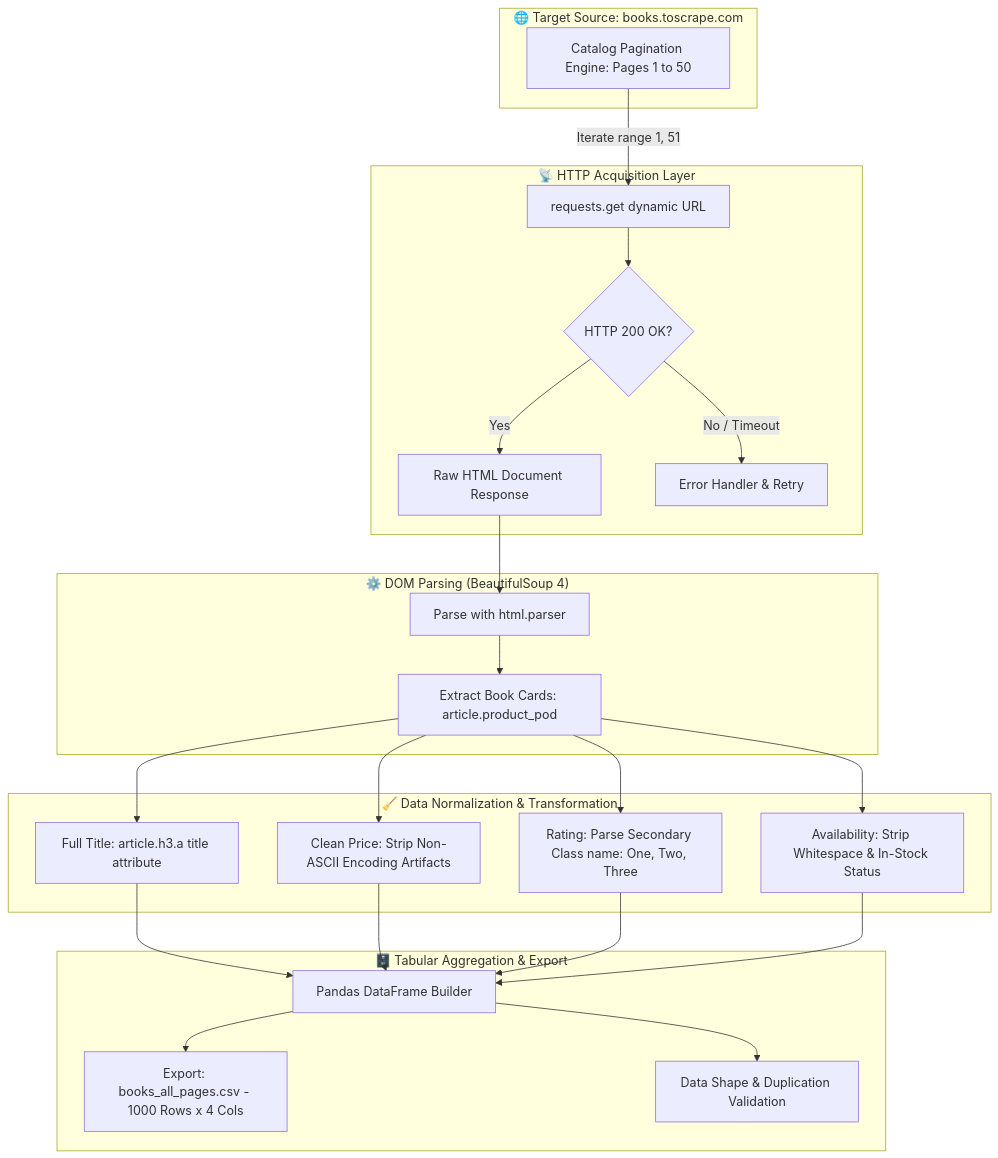
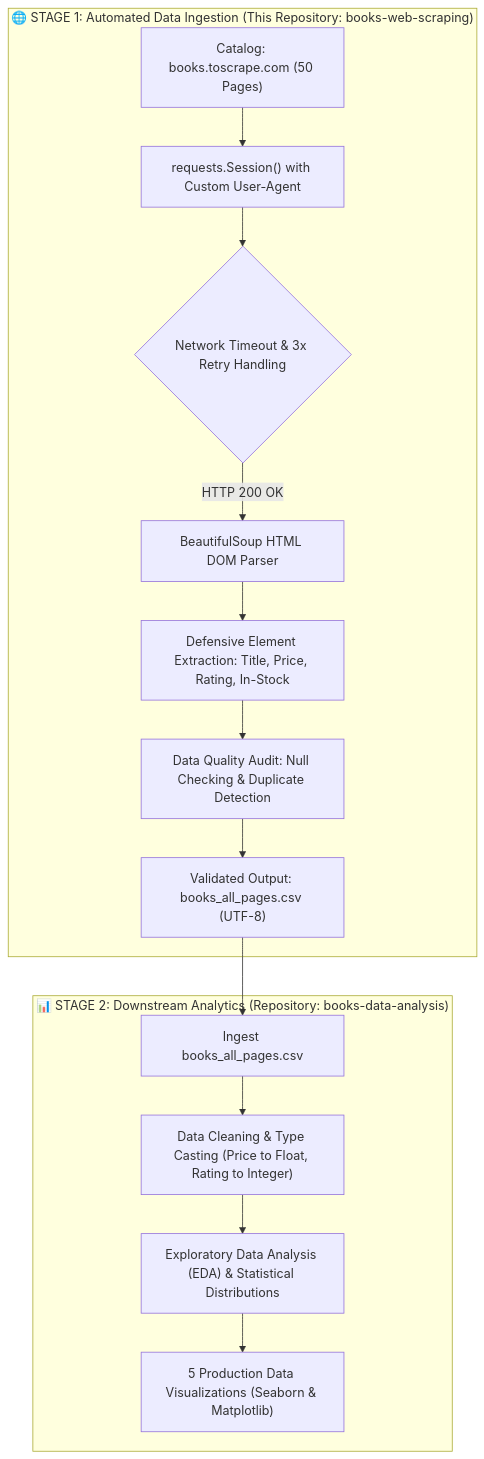
One commit to ranjithbrs/books-web-scraping changed the diagram in README.md. Above: the diagram before and after it, drawn with Mermaid. The commit also changed other lines of this file and 2 other files, not shown here.

Commit message:
docs and feat: audit 5/5 - timeout, retry backoff, rate limiting, duplicate audit, and downstream EDA pipeline integration

````diff
--- a/README.md
+++ b/README.md
@@ -38,34 +27,18 @@
 ```mermaid
 flowchart TD
-    subgraph Target["🌐 Target Source: books.toscrape.com"]
-        A[Catalog Pagination Engine: Pages 1 to 50]
+    subgraph Stage1["🌐 STAGE 1: Automated Data Ingestion (This Repository: books-web-scraping)"]
+        A["Catalog: books.toscrape.com (50 Pages)"] --> B["requests.Session() with Custom User-Agent"]
+        B --> C{"Network Timeout & 3x Retry Handling"}
+        C -->|"HTTP 200 OK"| D["BeautifulSoup HTML DOM Parser"]
+        D --> E["Defensive Element Extraction: Title, Price, Rating, In-Stock"]
+        E --> F["Data Quality Audit: Null Checking & Duplicate Detection"]
+        F --> G["Validated Output: books_all_pages.csv (UTF-8)"]
     end
 
-    subgraph Network["📡 HTTP Acquisition Layer"]
-        A -->|Iterate range 1, 51| B[requests.get dynamic URL]
-        B --> C{HTTP 200 OK?}
-        C -->|Yes| D[Raw HTML Document Response]
-        C -->|No / Timeout| E[Error Handler & Retry]
-    end
-
-    subgraph Parsing["⚙️ DOM Parsing (BeautifulSoup 4)"]
-        D --> F[Parse with html.parser]
-        F --> G[Extract Book Cards: article.product_pod]
-    end
-
-    subgraph Cleaning["🧹 Data Normalization & Transformation"]
-        G --> H[Full Title: article.h3.a title attribute]
-        G --> I[Clean Price: Strip Non-ASCII Encoding Artifacts]
-        G --> J[Rating: Parse Secondary Class name: One, Two, Three]
-        G --> K[Availability: Strip Whitespace & In-Stock Status]
-    end
-
-    subgraph Persistence["🗄️ Tabular Aggregation & Export"]
-        H --> L[Pandas DataFrame Builder]
-        I --> L
-        J --> L
-        K --> L
-        L --> M[Export: books_all_pages.csv - 1000 Rows x 4 Cols]
-        L --> N[Data Shape & Duplication Validation]
+    subgraph Stage2["📊 STAGE 2: Downstream Analytics (Repository: books-data-analysis)"]
+        G --> H["Ingest books_all_pages.csv"]
+        H --> I["Data Cleaning & Type Casting (Price to Float, Rating to Integer)"]
+        I --> J["Exploratory Data Analysis (EDA) & Statistical Distributions"]
+        J --> K["5 Production Data Visualizations (Seaborn & Matplotlib)"]
     end
 ```
````
